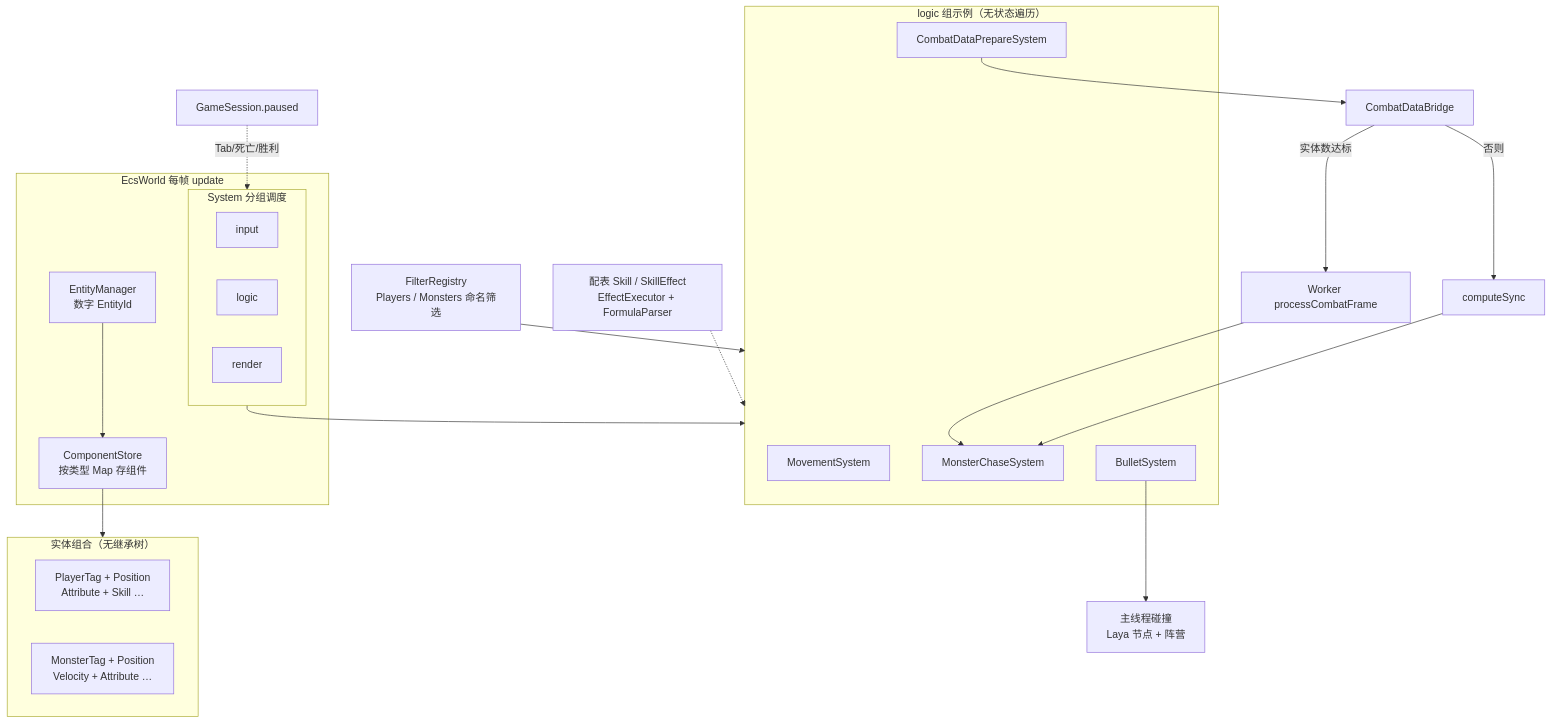
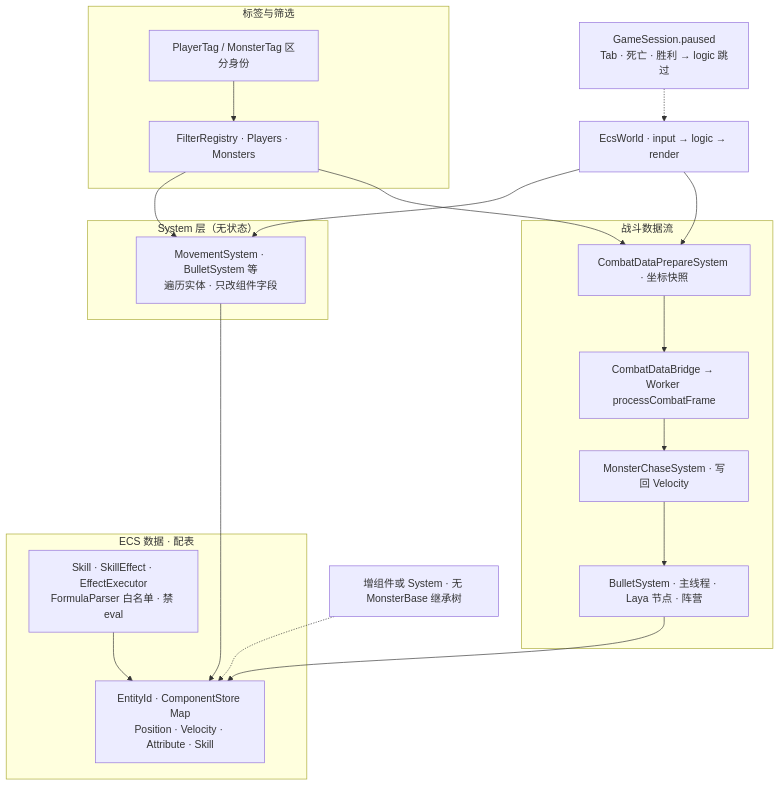
The diagram in SurvivorAndFight/thesis/figures/ecs-gameplay-overview.mmd (kir123456-1q/Survivor-And-Fight), drawn with Mermaid before and after one commit. The commit also changed 2821 other files, not shown here.

```diff
--- a/SurvivorAndFight/thesis/figures/ecs-gameplay-overview.mmd
+++ b/SurvivorAndFight/thesis/figures/ecs-gameplay-overview.mmd
@@ -1,42 +1,41 @@
-%% 图4-8 基于 ECS 的 Gameplay 实现（第4.2.1节）
+%% 图4-2 GamePlay 实现（第4.2.1节）
 flowchart TB
-  subgraph World["EcsWorld 每帧 update"]
-    EM["EntityManager<br/>数字 EntityId"]
-    CS["ComponentStore<br/>按类型 Map 存组件"]
-    subgraph Grp["System 分组调度"]
-      direction LR
-      IN[input]
-      LG[logic]
-      RD[render]
-    end
+  subgraph Truth["ECS 数据 · 配表"]
+    CORE["EntityId · ComponentStore Map<br/>Position · Velocity · Attribute · Skill"]
+    CFG["Skill · SkillEffect · EffectExecutor<br/>FormulaParser 白名单 · 禁 eval"]
   end
 
-  subgraph Ent["实体组合（无继承树）"]
-    P["PlayerTag + Position<br/>Attribute + Skill …"]
-    M["MonsterTag + Position<br/>Velocity + Attribute …"]
+  subgraph SysLayer["System 层（无状态）"]
+    MV["MovementSystem · BulletSystem 等<br/>遍历实体 · 只改组件字段"]
   end
 
-  FR["FilterRegistry<br/>Players / Monsters 命名筛选"]
+  GRP["EcsWorld · input → logic → render"]
 
-  subgraph Sys["logic 组示例（无状态遍历）"]
-    MV[MovementSystem]
-    MCS[MonsterChaseSystem]
-    BS[BulletSystem]
-    CDP[CombatDataPrepareSystem]
+  subgraph Filter["标签与筛选"]
+    TAG["PlayerTag / MonsterTag 区分身份"]
+    FR["FilterRegistry · Players · Monsters"]
   end
 
-  EM --> CS
-  CS --> Ent
-  FR --> Sys
-  Grp --> Sys
+  subgraph Combat["战斗数据流"]
+    PRE["CombatDataPrepareSystem · 坐标快照"]
+    BR["CombatDataBridge → Worker processCombatFrame"]
+    MCS["MonsterChaseSystem · 写回 Velocity"]
+    BS["BulletSystem · 主线程 · Laya 节点 · 阵营"]
+  end
 
-  CDP --> BR[CombatDataBridge]
-  BR -->|实体数达标| WK[Worker processCombatFrame]
-  BR -->|否则| SYNC[computeSync]
-  WK --> MCS
-  SYNC --> MCS
-  BS --> COL["主线程碰撞<br/>Laya 节点 + 阵营"]
+  PAU["GameSession.paused<br/>Tab · 死亡 · 胜利 → logic 跳过"]
 
-  PAU["GameSession.paused"] -.->|Tab/死亡/胜利| LG
+  TAG --> FR
+  FR --> MV
+  FR --> PRE
+  GRP --> MV
+  GRP --> PRE
+  MV --> CORE
+  CFG --> CORE
+  PRE --> BR
+  BR --> MCS
+  MCS --> BS
+  BS --> CORE
+  PAU -.-> GRP
 
-  CFG["配表 Skill / SkillEffect<br/>EffectExecutor + FormulaParser"] -.-> Sys
+  EXT["增组件或 System · 无 MonsterBase 继承树"] -.-> CORE
```
